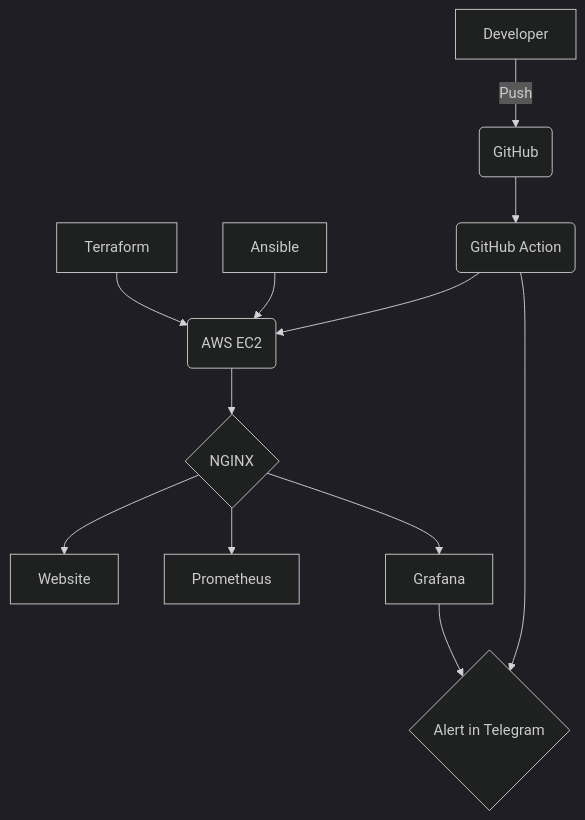
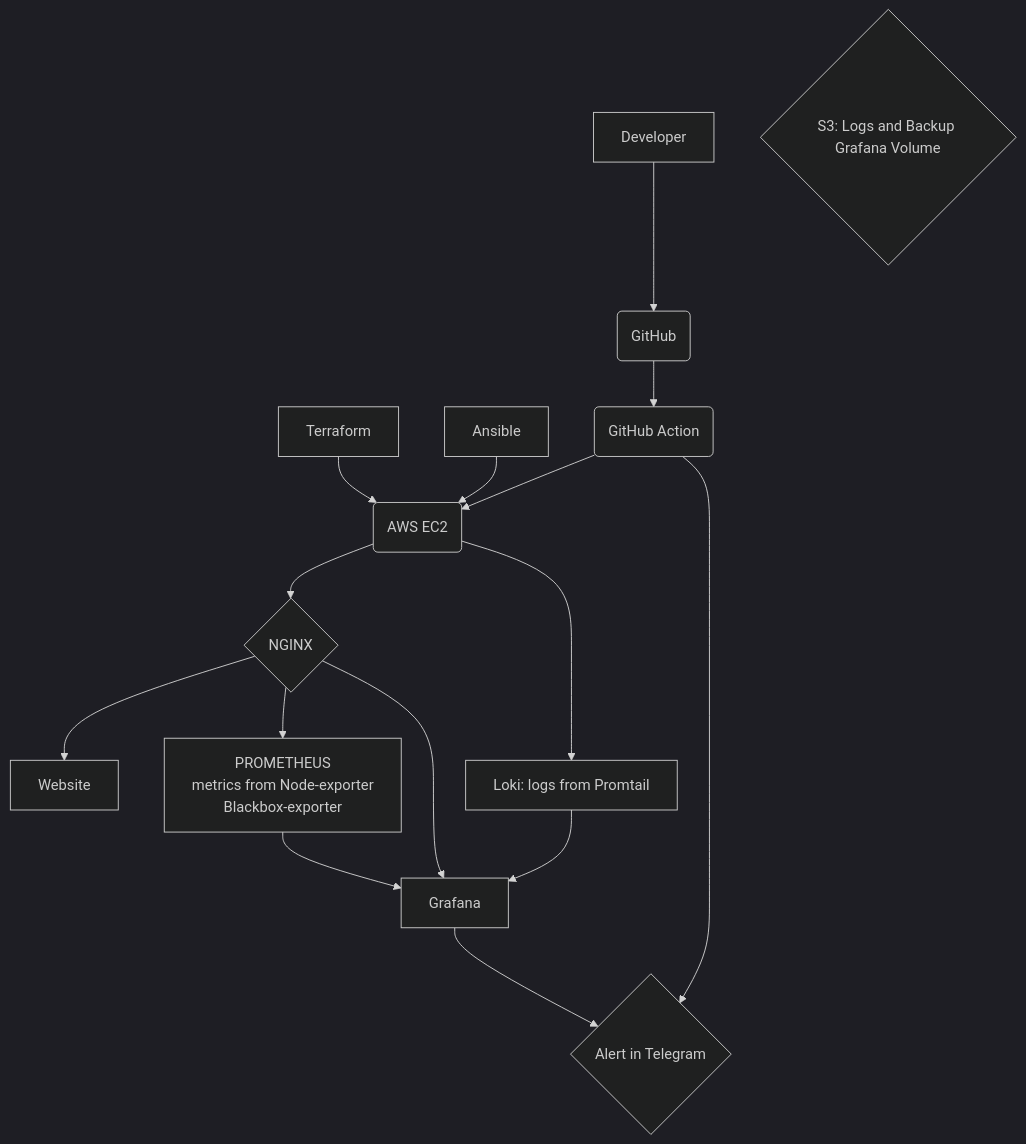
One commit to zhenyapetko/portfolio-site changed the diagram in README.md. Above: the diagram before and after it, drawn with Mermaid (dark theme).

Commit message:
update: README.md

````diff
--- a/README.md
+++ b/README.md
@@ -51,12 +51,20 @@
 ```mermaid
 flowchart TD
     A[Terraform] -->B
     C[Ansible] -->B(AWS EC2)
-    L[Developer] -->|Push|M(GitHub) -->N(GitHub Action)-->B
+    L[Developer] -->M(GitHub) -->N(GitHub Action)-->B
     N -->I
     B --> E{NGINX}
+    B -->Q[Loki: logs from Promtail]
+    Q --> H
     E -->F[Website]
-    E -->G[Prometheus]
+    E -->G[PROMETHEUS
+    metrics from Node-exporter
+    Blackbox-exporter]
+    G --> H
     E -->H[Grafana]
+
+    
     H -->I{Alert in Telegram}
+    S{S3: Logs and Backup Grafana Volume}
 ```
````
